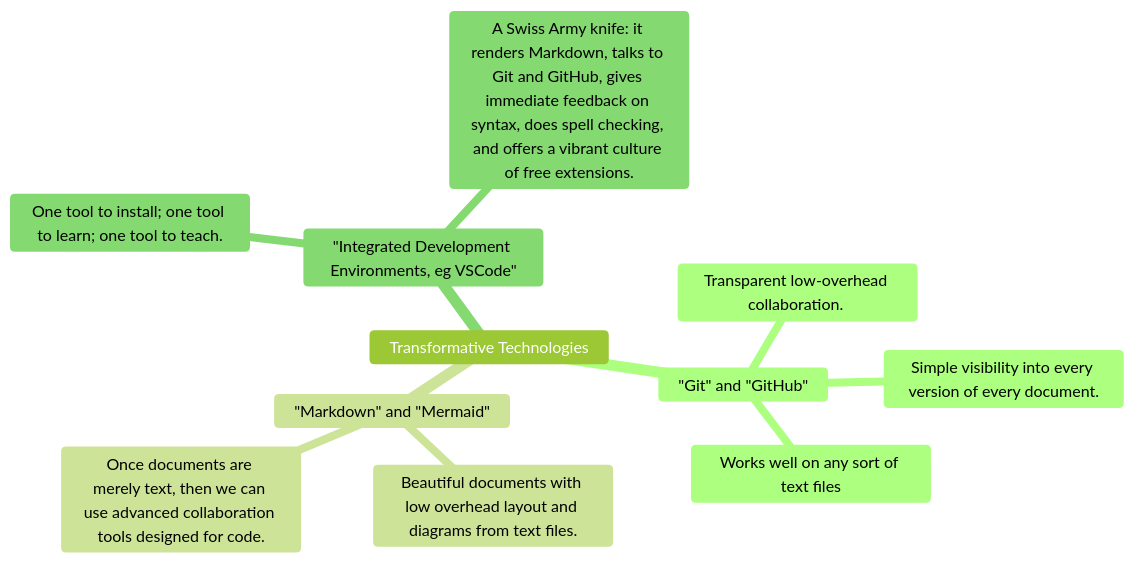
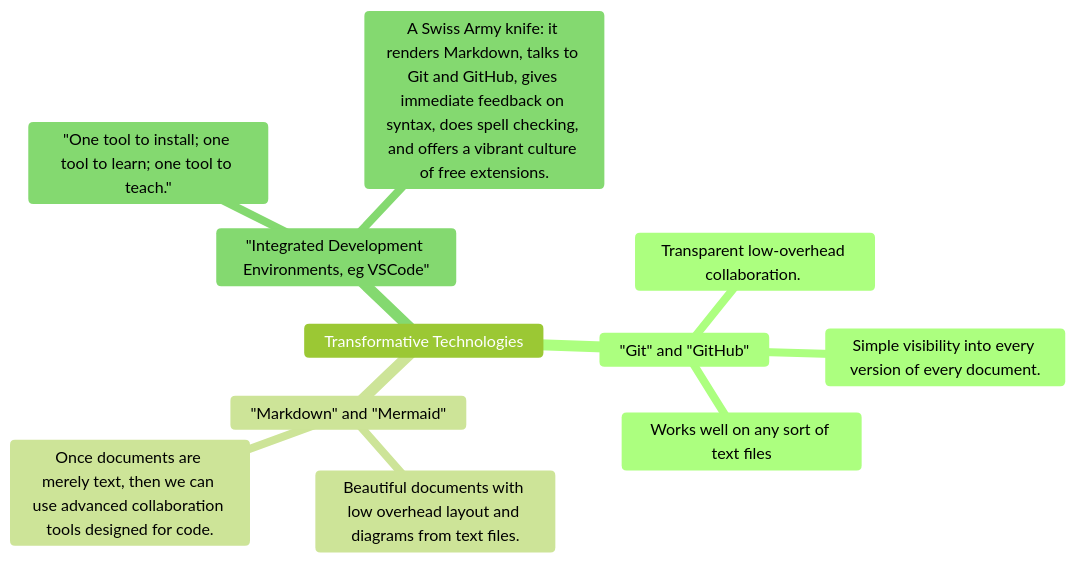
Before and after one commit to marshallflax/vision: the second of 4 diagrams in README.md, drawn with Mermaid. The commit also changed other lines of this file, not shown here.

Commit message:
Quote complex string

````diff
--- a/README.md
+++ b/README.md
@@ -36,16 +36,16 @@
 ```mermaid
 %%{init:{'theme':'forest'}}%%
 
 mindmap
  Transformative Technologies
   "Git" and "GitHub"
     Transparent low-overhead collaboration. 
     Simple visibility into every version of every document.
     Works well on any sort of text files
   "Markdown" and "Mermaid"
    Beautiful documents with low overhead layout and diagrams from text files.
    Once documents are merely text, then we can use advanced collaboration tools designed for code.
   "Integrated Development Environments, eg VSCode"
-   One tool to install; one tool to learn; one tool to teach.
+   "One tool to install; one tool to learn; one tool to teach."
    A Swiss Army knife: it renders Markdown, talks to Git and GitHub, gives immediate feedback on syntax, does spell checking, and offers a vibrant culture of free extensions.
 ```
````
